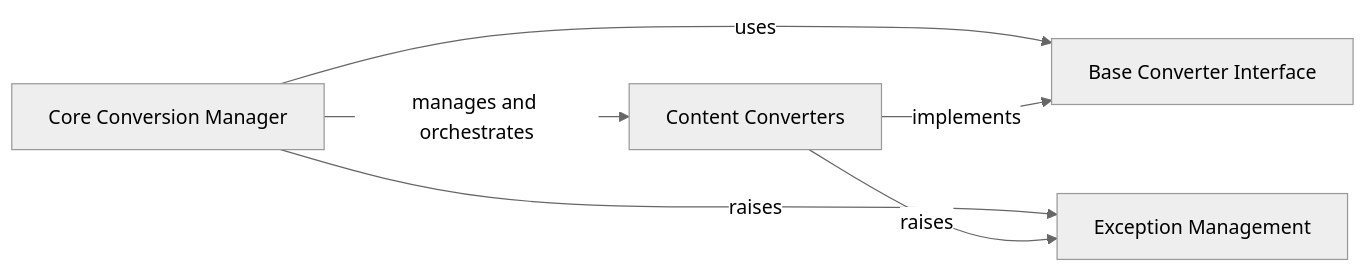
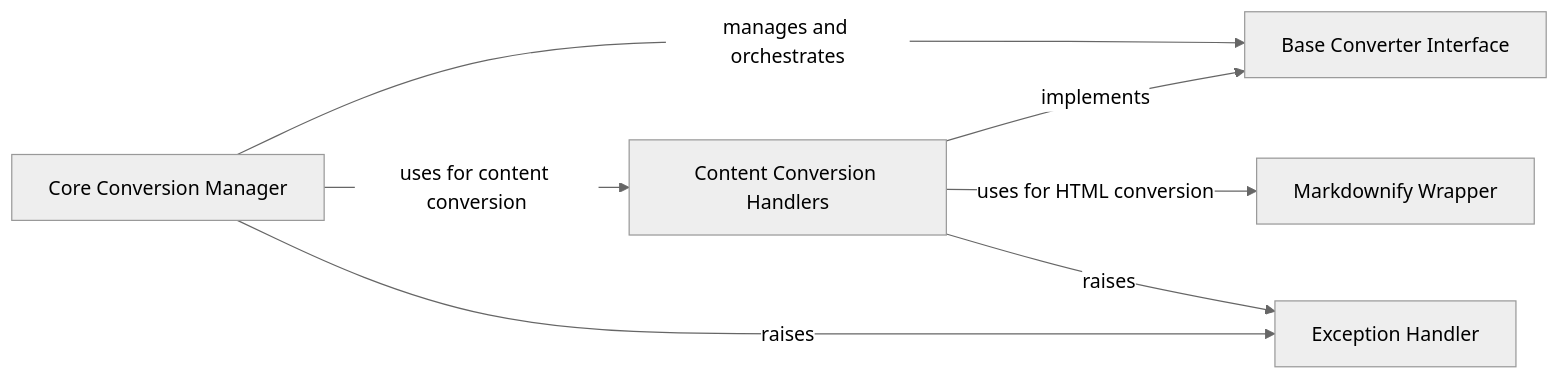
The diagram in markitdown/on_boarding.md (CodeBoarding/GeneratedOnBoardings), drawn with Mermaid (neutral theme) before and after one commit. The commit also changed other lines of this file and 6 other files, not shown here.

````diff
--- a/markitdown/on_boarding.md
+++ b/markitdown/on_boarding.md
@@ -1,17 +1,19 @@
 ```mermaid
 graph LR
     Core_Conversion_Manager["Core Conversion Manager"]
     Base_Converter_Interface["Base Converter Interface"]
-    Content_Converters["Content Converters"]
-    Exception_Management["Exception Management"]
-    Core_Conversion_Manager -- "manages and orchestrates" --> Content_Converters
-    Core_Conversion_Manager -- "uses" --> Base_Converter_Interface
-    Content_Converters -- "implements" --> Base_Converter_Interface
-    Core_Conversion_Manager -- "raises" --> Exception_Management
-    Content_Converters -- "raises" --> Exception_Management
-
-click Core_Conversion_Manager href "https://github.com/CodeBoarding/GeneratedOnBoardings/blob/main/markitdown//Core Conversion Manager.md"
-click Base_Converter_Interface href "https://github.com/CodeBoarding/GeneratedOnBoardings/blob/main/markitdown//Base Converter Interface.md"
-click Content_Converters href "https://github.com/CodeBoarding/GeneratedOnBoardings/blob/main/markitdown//Content Converters.md"
-click Exception_Management href "https://github.com/CodeBoarding/GeneratedOnBoardings/blob/main/markitdown//Exception Management.md"
+    Content_Conversion_Handlers["Content Conversion Handlers"]
+    Markdownify_Wrapper["Markdownify Wrapper"]
+    Exception_Handler["Exception Handler"]
+    Core_Conversion_Manager -- "manages and orchestrates" --> Base_Converter_Interface
+    Core_Conversion_Manager -- "uses for content conversion" --> Content_Conversion_Handlers
+    Content_Conversion_Handlers -- "implements" --> Base_Converter_Interface
+    Content_Conversion_Handlers -- "uses for HTML conversion" --> Markdownify_Wrapper
+    Core_Conversion_Manager -- "raises" --> Exception_Handler
+    Content_Conversion_Handlers -- "raises" --> Exception_Handler
+    click Core_Conversion_Manager href "https://github.com/CodeBoarding/GeneratedOnBoardings/blob/main/markitdown/Core Conversion Manager.md" "Details"
+    click Base_Converter_Interface href "https://github.com/CodeBoarding/GeneratedOnBoardings/blob/main/markitdown/Base Converter Interface.md" "Details"
+    click Content_Conversion_Handlers href "https://github.com/CodeBoarding/GeneratedOnBoardings/blob/main/markitdown/Content Conversion Handlers.md" "Details"
+    click Markdownify_Wrapper href "https://github.com/CodeBoarding/GeneratedOnBoardings/blob/main/markitdown/Markdownify Wrapper.md" "Details"
+    click Exception_Handler href "https://github.com/CodeBoarding/GeneratedOnBoardings/blob/main/markitdown/Exception Handler.md" "Details"
 ```
````
